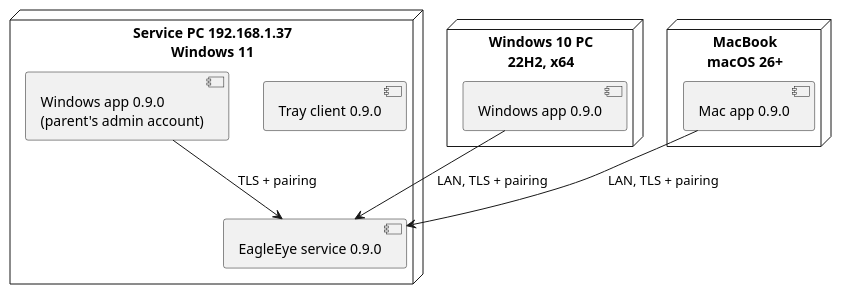
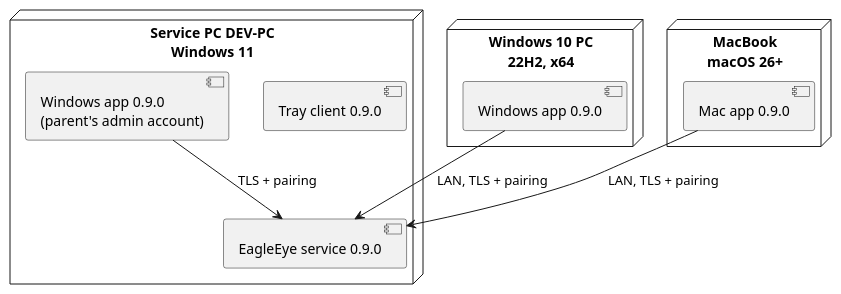
Before and after one commit to adlemich/EagleEye: the second of 2 diagrams in 02_Implementation/docs/requirements/user-stories/US-009/user-story.md, drawn with PlantUML. The commit also changed other lines of this file and 220 other files, not shown here.

````diff
--- a/02_Implementation/docs/requirements/user-stories/US-009/user-story.md
+++ b/02_Implementation/docs/requirements/user-stories/US-009/user-story.md
@@ -233,18 +233,18 @@
 ```plantuml
 @startuml
-node "Service PC 192.168.1.37\nWindows 11" as SVC {
+node "Service PC DEV-PC\nWindows 11" as SVC {
   [EagleEye service 0.9.0]
   [Tray client 0.9.0]
   [Windows app 0.9.0\n(parent's admin account)] as W11
 }
 node "Windows 10 PC\n22H2, x64" as W10PC {
   [Windows app 0.9.0] as W10
 }
 node "MacBook\nmacOS 26+" as MAC {
   [Mac app 0.9.0] as M
 }
 W11 --> [EagleEye service 0.9.0] : TLS + pairing
 W10 --> [EagleEye service 0.9.0] : LAN, TLS + pairing
 M --> [EagleEye service 0.9.0] : LAN, TLS + pairing
 @enduml
 ```
````
